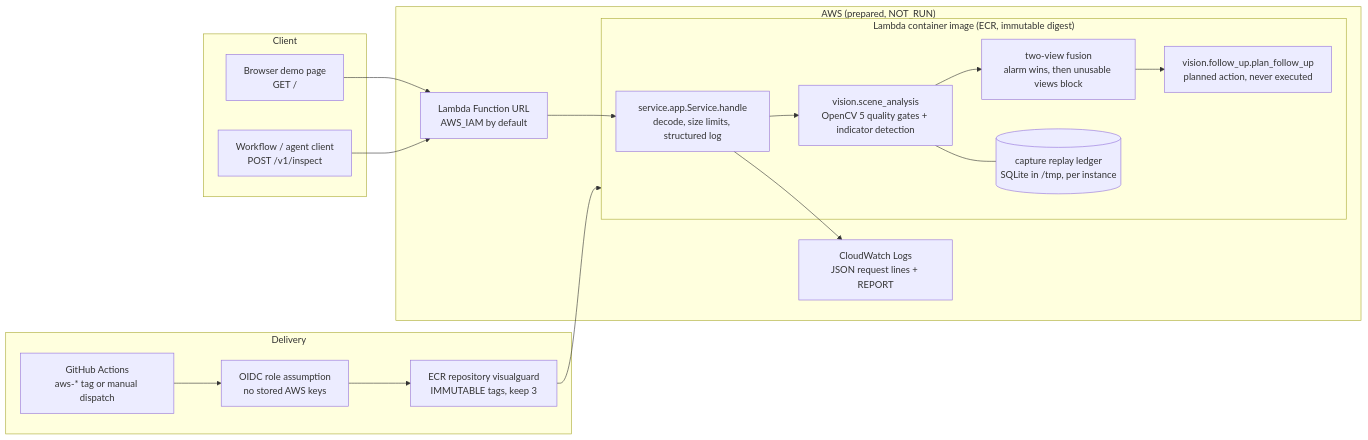
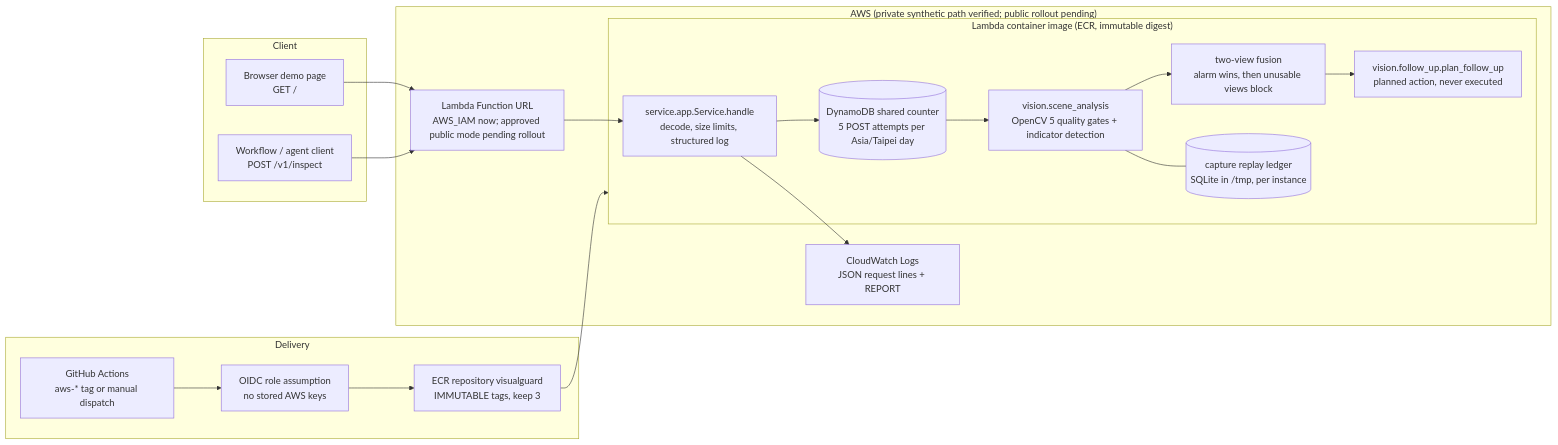
Before and after one commit to mangroveuniversemu-bot/visualguard-opencv-aws: the first of 2 diagrams in docs/ARCHITECTURE.md, drawn with Mermaid. The commit also changed other lines of this file and 3 other files, not shown here.

First line of the commit message:
Document shared daily AWS inference quota

````diff
--- a/docs/ARCHITECTURE.md
+++ b/docs/ARCHITECTURE.md
@@ -9,29 +9,30 @@
 ```mermaid
 flowchart LR
   subgraph Client
     UI["Browser demo page<br/>GET /"]
     Agent["Workflow / agent client<br/>POST /v1/inspect"]
   end
-  subgraph AWS["AWS (prepared, NOT_RUN)"]
-    URL["Lambda Function URL<br/>AWS_IAM by default"]
+  subgraph AWS["AWS (private synthetic path verified; public rollout pending)"]
+    URL["Lambda Function URL<br/>AWS_IAM now; approved public mode pending rollout"]
     subgraph Lambda["Lambda container image (ECR, immutable digest)"]
       Core["service.app.Service.handle<br/>decode, size limits, structured log"]
+      Quota[("DynamoDB shared counter<br/>5 POST attempts per Asia/Taipei day")]
       Pipe["vision.scene_analysis<br/>OpenCV 5 quality gates + indicator detection"]
       Fuse["two-view fusion<br/>alarm wins, then unusable views block"]
       Ledger[("capture replay ledger<br/>SQLite in /tmp, per instance")]
       Plan["vision.follow_up.plan_follow_up<br/>planned action, never executed"]
     end
     CW["CloudWatch Logs<br/>JSON request lines + REPORT"]
   end
   subgraph Delivery["Delivery"]
     GH["GitHub Actions<br/>aws-* tag or manual dispatch"]
     OIDC["OIDC role assumption<br/>no stored AWS keys"]
     ECR["ECR repository visualguard<br/>IMMUTABLE tags, keep 3"]
   end
   UI --> URL
   Agent --> URL
-  URL --> Core --> Pipe --> Fuse --> Plan
+  URL --> Core --> Quota --> Pipe --> Fuse --> Plan
   Pipe --- Ledger
   Core --> CW
   GH --> OIDC --> ECR --> Lambda
 ```
````
